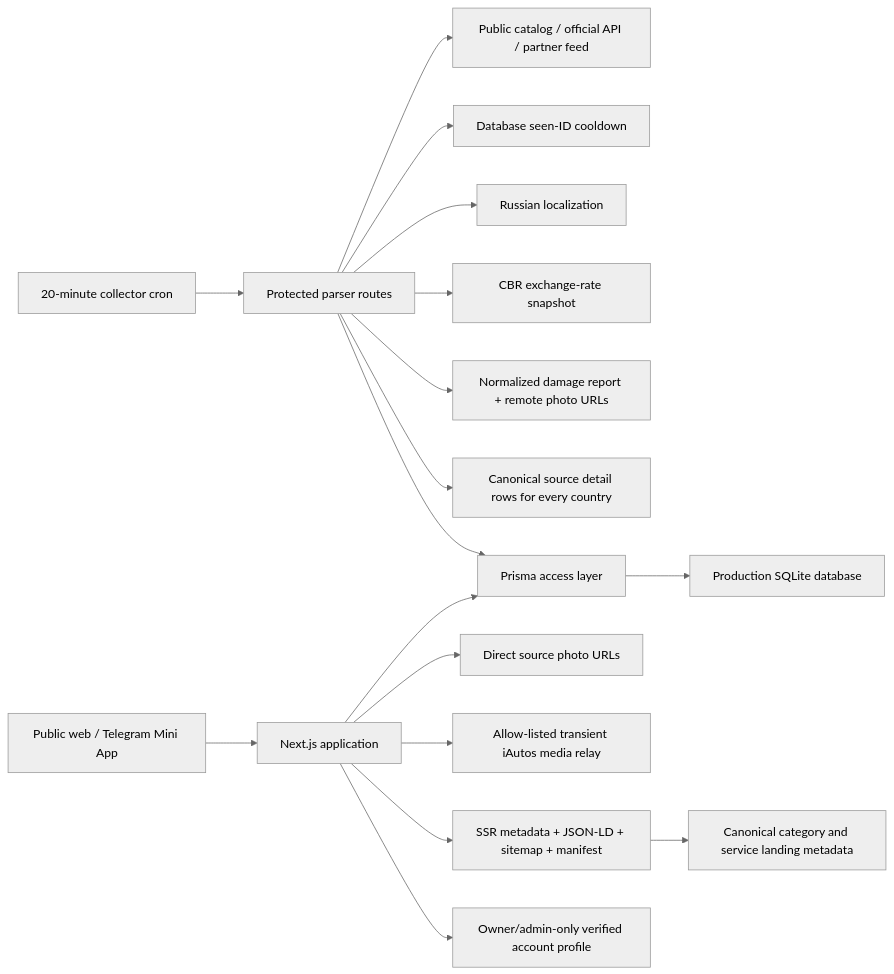
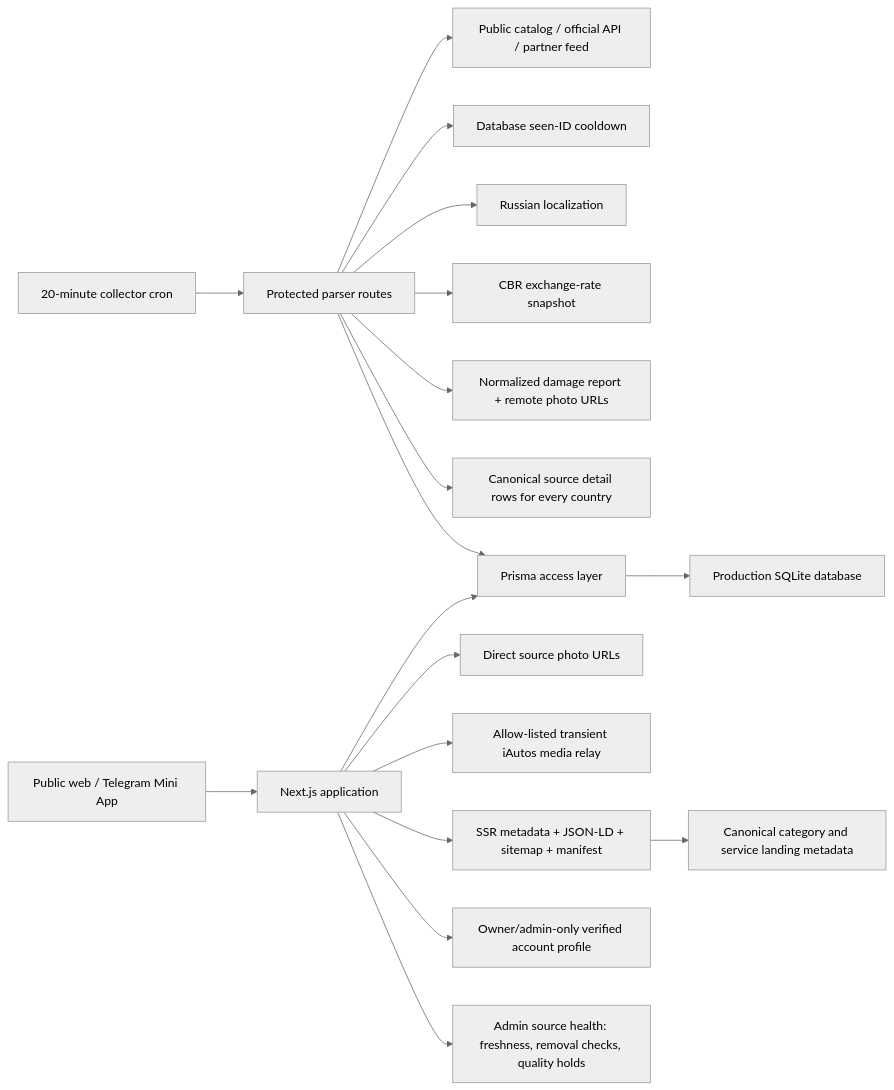
Before and after one commit to microsecret/automart: the first of 6 diagrams in docs/PROJECT_GRAPH.md, drawn with Mermaid (neutral theme). The commit also changed other lines of this file and 7 other files, not shown here.

````diff
--- a/docs/PROJECT_GRAPH.md
+++ b/docs/PROJECT_GRAPH.md
@@ -8,19 +8,20 @@
 ```mermaid
 flowchart LR
   Browser["Public web / Telegram Mini App"] --> Next["Next.js application"]
   Next --> Prisma["Prisma access layer"]
   Prisma --> SQLite["Production SQLite database"]
   Cron["20-minute collector cron"] --> Parser["Protected parser routes"]
   Parser --> Sources["Public catalog / official API / partner feed"]
   Parser --> SeenStore["Database seen-ID cooldown"]
   Parser --> Translate["Russian localization"]
   Parser --> Rates["CBR exchange-rate snapshot"]
   Parser --> Inspection["Normalized damage report + remote photo URLs"]
   Parser --> UnifiedSpecs["Canonical source detail rows for every country"]
   Parser --> Prisma
   Next --> Media["Direct source photo URLs"]
   Next --> IautosMedia["Allow-listed transient iAutos media relay"]
   Next --> SEO["SSR metadata + JSON-LD + sitemap + manifest"]
   Next --> PrivateProfile["Owner/admin-only verified account profile"]
+  Next --> SourceHealth["Admin source health: freshness, removal checks, quality holds"]
   SEO --> LandingMetadata["Canonical category and service landing metadata"]
 ```
````
